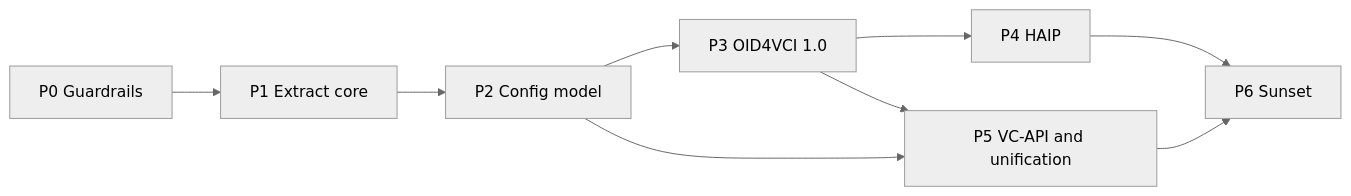
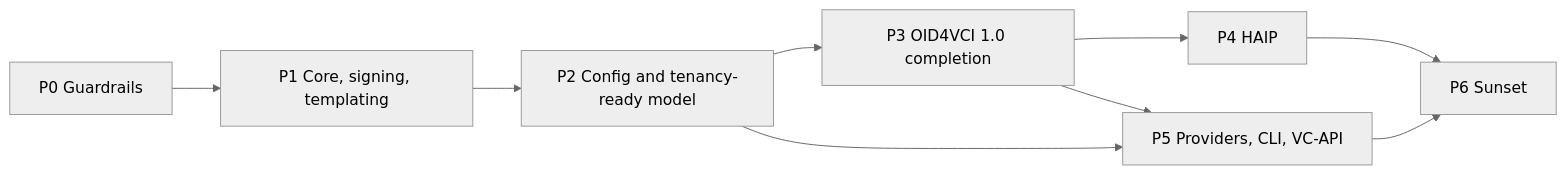
The fourth of 4 diagrams in docs/Architecture-Extensibility-Review.md (jainhitesh9998/inji-certify), drawn with Mermaid (neutral theme) before and after one commit. The commit also changed other lines of this file, not shown here.

````diff
--- a/docs/Architecture-Extensibility-Review.md
+++ b/docs/Architecture-Extensibility-Review.md
@@ -367,11 +612,11 @@
 ```mermaid
 flowchart LR
-  P0[P0 Guardrails] --> P1[P1 Extract core]
-  P1 --> P2[P2 Config model]
-  P2 --> P3[P3 OID4VCI 1.0]
+  P0[P0 Guardrails] --> P1[P1 Core, signing, templating]
+  P1 --> P2[P2 Config and tenancy-ready model]
+  P2 --> P3[P3 OID4VCI 1.0 completion]
   P3 --> P4[P4 HAIP]
-  P2 --> P5[P5 VC-API and unification]
+  P2 --> P5[P5 Providers, CLI, VC-API]
   P3 --> P5
   P4 --> P6[P6 Sunset]
   P5 --> P6
 ```
````
